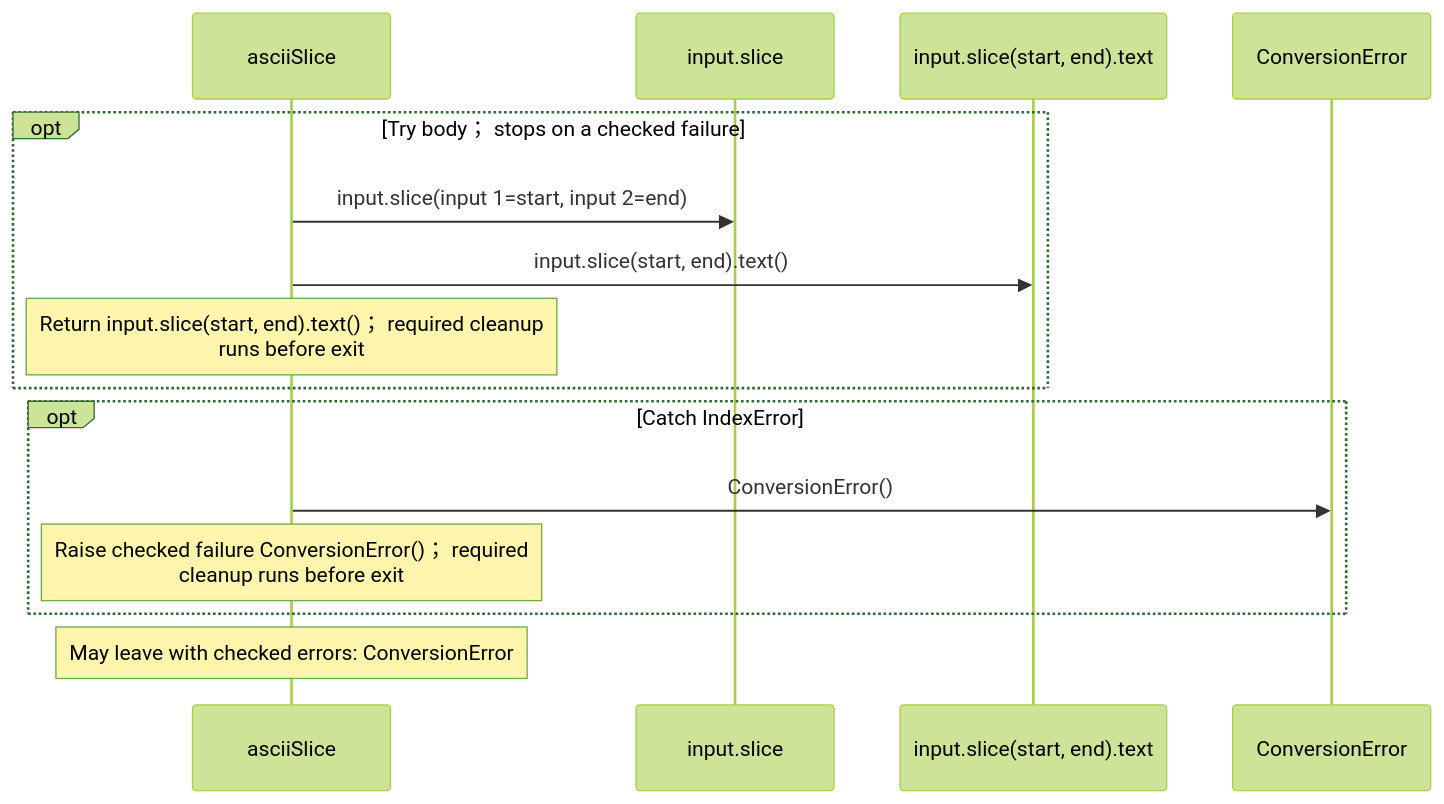
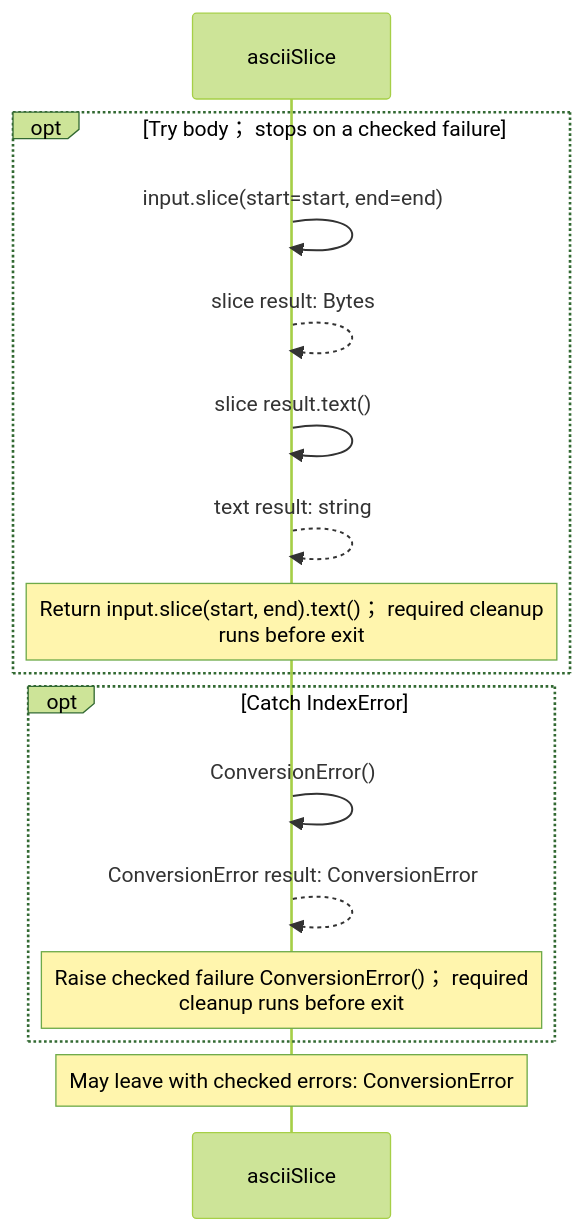
The first of 4 diagrams in src/stdlib/values/ascii.aug.diagrams.md (GreenPandaStudios/augscript), drawn with Mermaid (forest theme) before and after one commit. The commit also changed other lines of this file and 304 other files, not shown here.

Commit message:
Make generated data-flow sequences concise and review every diagram

````diff
--- a/src/stdlib/values/ascii.aug.diagrams.md
+++ b/src/stdlib/values/ascii.aug.diagrams.md
@@ -32,17 +18,18 @@
 ```mermaid
 sequenceDiagram
     participant p0 as asciiSlice
-    participant p1 as input.slice
-    participant p2 as input.slice(start, end).text
-    participant p3 as ConversionError
+
     opt Try body； stops on a checked failure
-    p0->>p1: input.slice(input 1=start, input 2=end)
-    p0->>p2: input.slice(start, end).text()
+    p0->>p0: input.slice(start=start, end=end)
+    p0-->>p0: slice result: Bytes
+    p0->>p0: slice result.text()
+    p0-->>p0: text result: string
     Note over p0: Return input.slice(start, end).text()； required cleanup<br/>runs before exit
     end
     opt Catch IndexError
-    p0->>p3: ConversionError()
+    p0->>p0: ConversionError()
+    p0-->>p0: ConversionError result: ConversionError
     Note over p0: Raise checked failure ConversionError()； required<br/>cleanup runs before exit
     end
     Note over p0: May leave with checked errors: ConversionError
 ```
````
